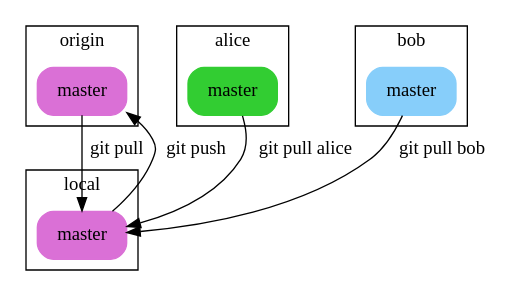
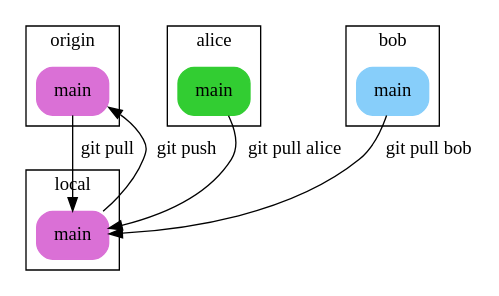
The diagram in git-remote-maintainer.dot (idiv-biodiversity/git-cheat-sheet), drawn with Graphviz before and after one commit. The commit also changed 4 other files, not shown here.

Commit message:
renames master to main in all dot files

```diff
--- a/git-remote-maintainer.dot
+++ b/git-remote-maintainer.dot
@@ -1,40 +1,40 @@
 digraph {
     node [shape = "box", style = "filled, rounded"]
 
     subgraph clusterorigin {
         label = "origin"
 
         node [color = orchid]
 
-        omaster[label = "master"]
+        omain[label = "main"]
     }
 
     subgraph clusterlocal {
         label = "local"
 
         node [color = orchid]
 
-        master[label = "master"]
+        main[label = "main"]
     }
 
     subgraph clusteralice {
         label = "alice"
 
         node [color = limegreen]
 
-        amaster[label = "master"]
+        amain[label = "main"]
     }
 
     subgraph clusterbob {
         label = "bob"
 
         node [color = lightskyblue]
 
-        bmaster[label = "master"]
+        bmain[label = "main"]
     }
 
-    omaster -> master [label = "git pull"]
-    master -> omaster [label = "git push", constraint = false]
-    amaster -> master [label = "git pull alice", constraint = false]
-    bmaster -> master [label = "git pull bob", constraint = false]
+    omain -> main [label = "git pull"]
+    main -> omain [label = "git push", constraint = false]
+    amain -> main [label = "git pull alice", constraint = false]
+    bmain -> main [label = "git pull bob", constraint = false]
 }
```
